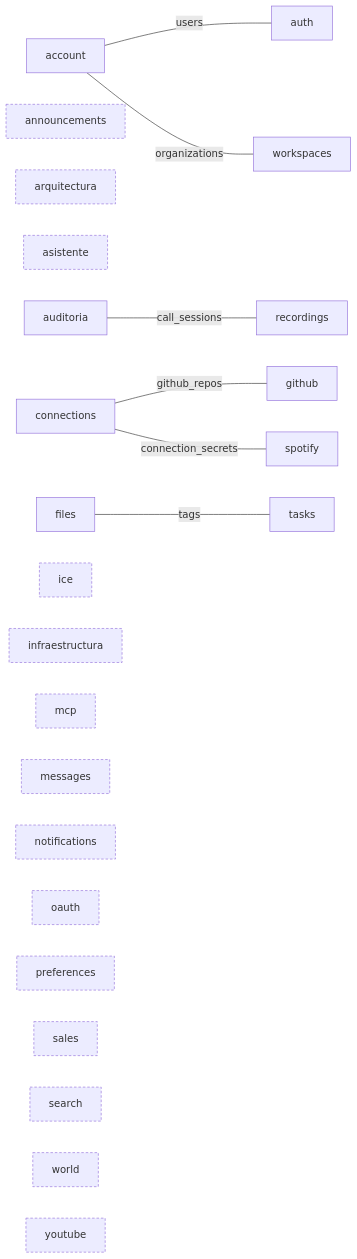
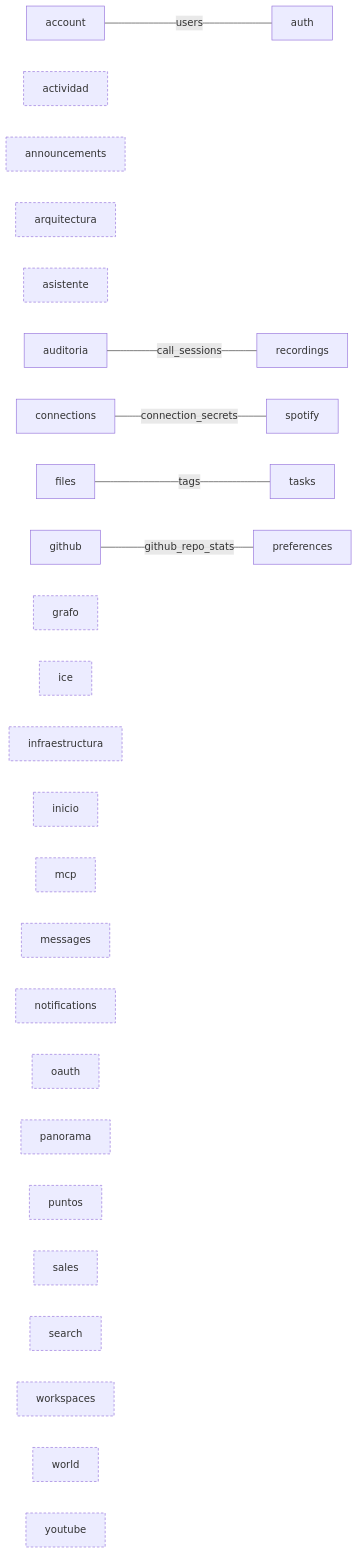
One commit to BBMC-S-S-A/DevUP changed the first of 2 diagrams in GRAFO.md. Above: the diagram before and after it, drawn with Mermaid. The commit also changed other lines of this file and 1 other file, not shown here.

First line of the commit message:
fix(grafo): el mapa no veia la SQL que vive en lib/, y por eso mentia a favor

````diff
--- a/GRAFO.md
+++ b/GRAFO.md
@@ -16,34 +16,38 @@
 ```mermaid
 graph LR
   account["account"]
+  actividad["actividad"]:::isla
   announcements["announcements"]:::isla
   arquitectura["arquitectura"]:::isla
   asistente["asistente"]:::isla
   auditoria["auditoria"]
   auth["auth"]
   connections["connections"]
   files["files"]
   github["github"]
+  grafo["grafo"]:::isla
   ice["ice"]:::isla
   infraestructura["infraestructura"]:::isla
+  inicio["inicio"]:::isla
   mcp["mcp"]:::isla
   messages["messages"]:::isla
   notifications["notifications"]:::isla
   oauth["oauth"]:::isla
-  preferences["preferences"]:::isla
+  panorama["panorama"]:::isla
+  preferences["preferences"]
+  puntos["puntos"]:::isla
   recordings["recordings"]
   sales["sales"]:::isla
   search["search"]:::isla
   spotify["spotify"]
   tasks["tasks"]
-  workspaces["workspaces"]
+  workspaces["workspaces"]:::isla
   world["world"]:::isla
   youtube["youtube"]:::isla
   account --- |users| auth
-  account --- |organizations| workspaces
   auditoria --- |call_sessions| recordings
-  connections --- |github_repos| github
   connections --- |connection_secrets| spotify
   files --- |tags| tasks
+  github --- |github_repo_stats| preferences
   classDef isla stroke-dasharray: 4 3;
 ```
````
